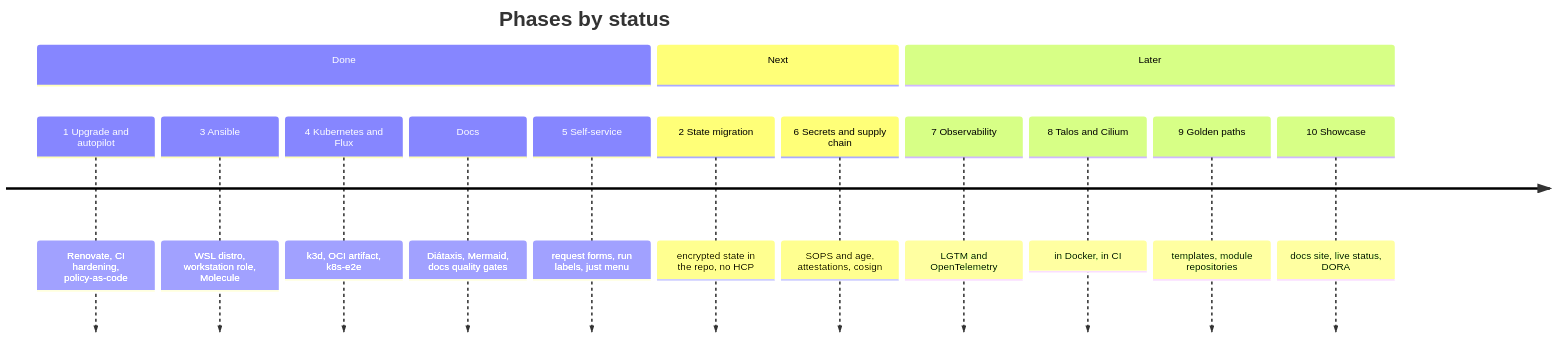
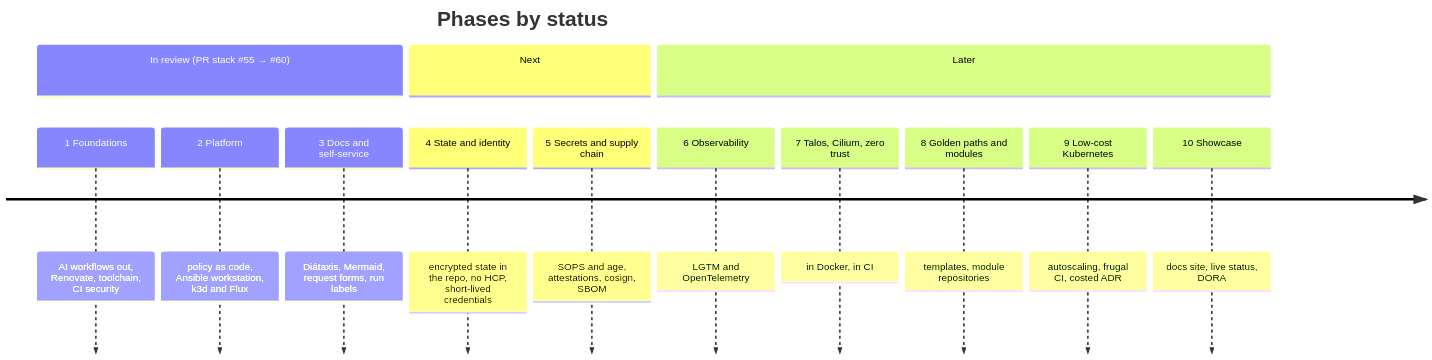
One commit to GregoireF/iac changed the diagram in docs/ROADMAP.md. Above: the diagram before and after it, drawn with Mermaid. The commit also changed other lines of this file and 8 other files, not shown here.

First line of the commit message:
docs: one clear roadmap that absorbs IDEA.md

````diff
--- a/docs/ROADMAP.md
+++ b/docs/ROADMAP.md
@@ -11,18 +12,17 @@
 ```mermaid
 timeline
   title Phases by status
-  section Done
-    1 Upgrade and autopilot : Renovate, CI hardening, policy-as-code
-    3 Ansible : WSL distro, workstation role, Molecule
-    4 Kubernetes and Flux : k3d, OCI artifact, k8s-e2e
-    Docs : Diátaxis, Mermaid, docs quality gates
-    5 Self-service : request forms, run labels, just menu
+  section In review (PR stack #55 → #60)
+    1 Foundations : AI workflows out, Renovate, toolchain, CI security
+    2 Platform : policy as code, Ansible workstation, k3d and Flux
+    3 Docs and self-service : Diátaxis, Mermaid, request forms, run labels
   section Next
-    2 State migration : encrypted state in the repo, no HCP
-    6 Secrets and supply chain : SOPS and age, attestations, cosign
+    4 State and identity : encrypted state in the repo, no HCP, short-lived credentials
+    5 Secrets and supply chain : SOPS and age, attestations, cosign, SBOM
   section Later
-    7 Observability : LGTM and OpenTelemetry
-    8 Talos and Cilium : in Docker, in CI
-    9 Golden paths : templates, module repositories
+    6 Observability : LGTM and OpenTelemetry
+    7 Talos, Cilium, zero trust : in Docker, in CI
+    8 Golden paths and modules : templates, module repositories
+    9 Low-cost Kubernetes : autoscaling, frugal CI, costed ADR
     10 Showcase : docs site, live status, DORA
 ```
````
